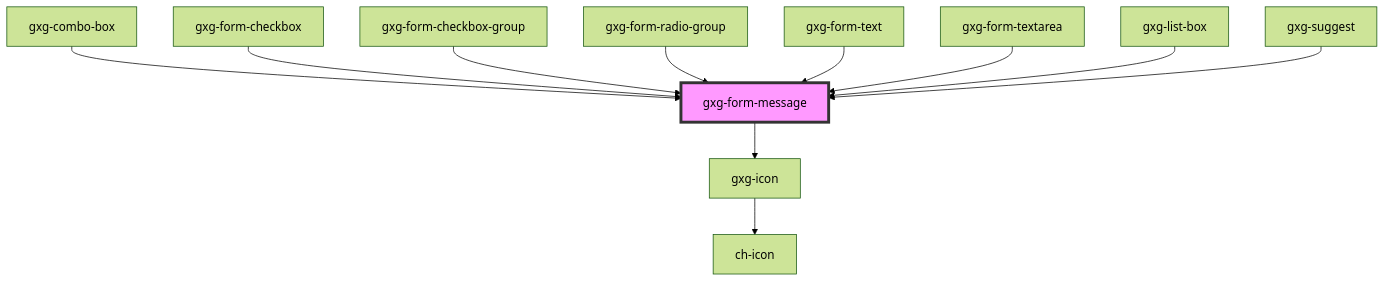
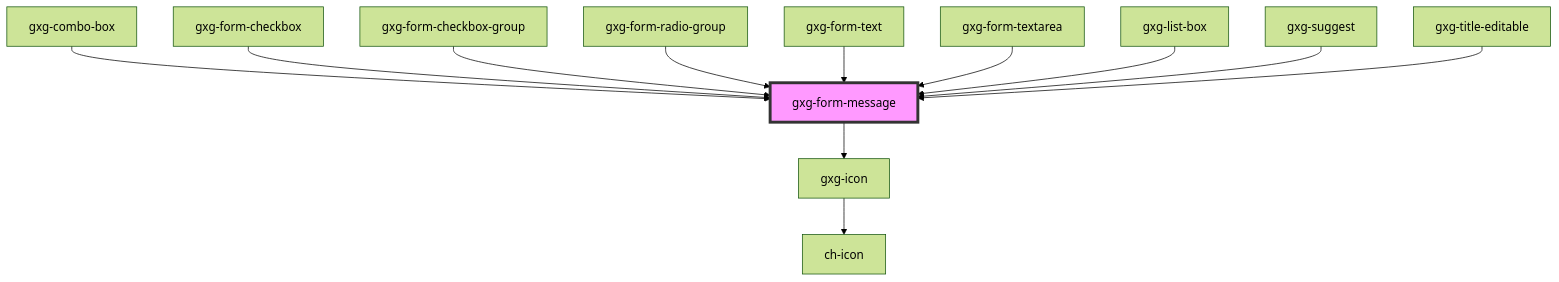
The diagram in src/components/form-message/readme.md (genexuslabs/gemini), drawn with Mermaid (forest theme) before and after one commit. The commit also changed other lines of this file and 9 other files, not shown here.

Commit message:
update gxg-title-editable

````diff
--- a/src/components/form-message/readme.md
+++ b/src/components/form-message/readme.md
@@ -36,14 +36,15 @@
 ```mermaid
 graph TD;
   gxg-form-message --> gxg-icon
   gxg-icon --> ch-icon
   gxg-combo-box --> gxg-form-message
   gxg-form-checkbox --> gxg-form-message
   gxg-form-checkbox-group --> gxg-form-message
   gxg-form-radio-group --> gxg-form-message
   gxg-form-text --> gxg-form-message
   gxg-form-textarea --> gxg-form-message
   gxg-list-box --> gxg-form-message
   gxg-suggest --> gxg-form-message
+  gxg-title-editable --> gxg-form-message
   style gxg-form-message fill:#f9f,stroke:#333,stroke-width:4px
 ```
````
